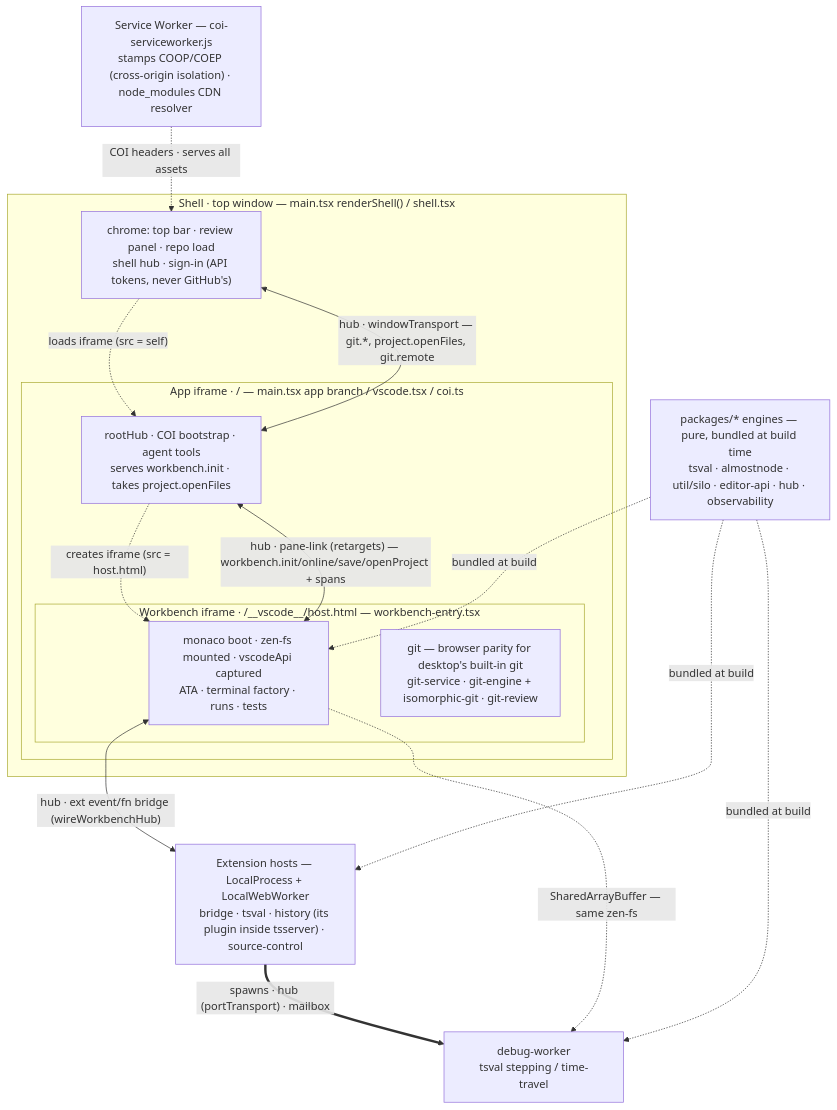
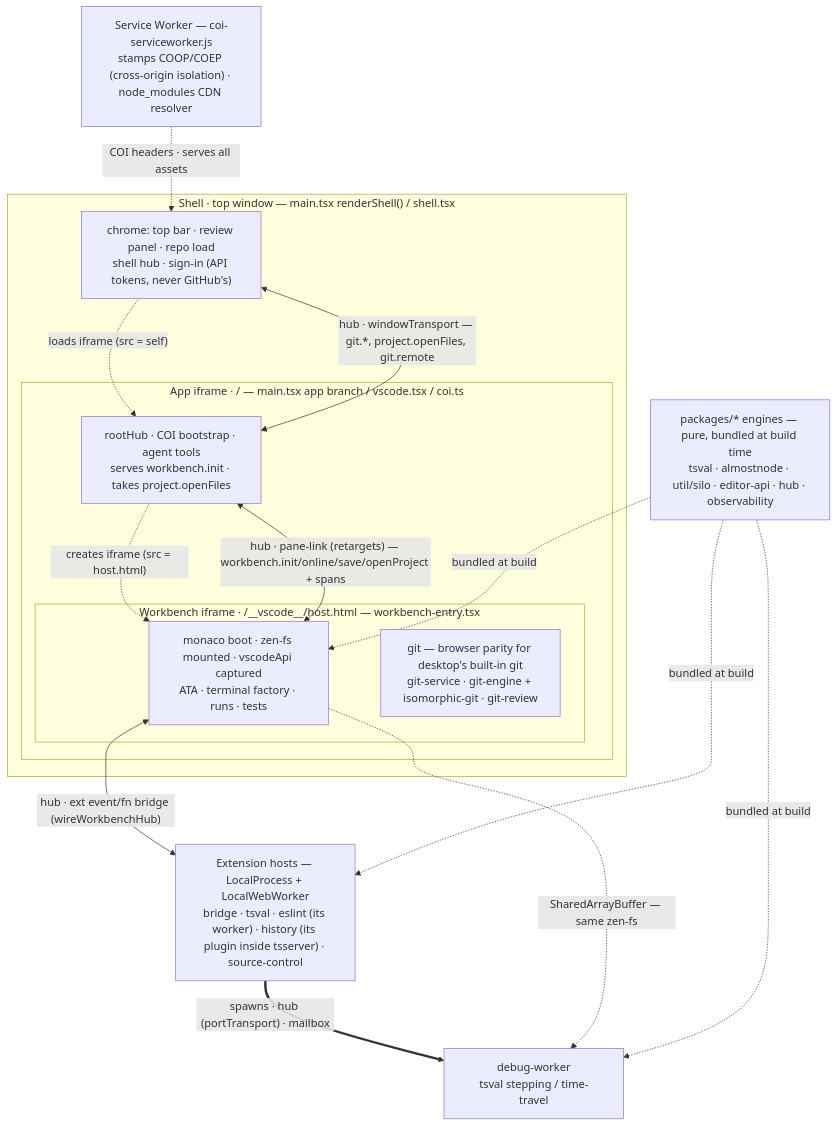
One commit to brianjenkins94/editor changed the diagram in packages/editor/ARCHITECTURE.md. Above: the diagram before and after it, drawn with Mermaid. The commit also changed other lines of this file and 13 other files, not shown here.

````diff
--- a/packages/editor/ARCHITECTURE.md
+++ b/packages/editor/ARCHITECTURE.md
@@ -167,34 +167,34 @@
 ```mermaid
 flowchart TB
   SW["Service Worker — coi-serviceworker.js<br/>stamps COOP/COEP (cross-origin isolation) · node_modules CDN resolver"]
 
   subgraph SHELL["Shell · top window — main.tsx renderShell() / shell.tsx"]
     S["chrome: top bar · review panel · repo load<br/>shell hub · sign-in (API tokens, never GitHub's)"]
     subgraph APP["App iframe · / — main.tsx app branch / vscode.tsx / coi.ts"]
       A["rootHub · COI bootstrap · agent tools<br/>serves workbench.init · takes project.openFiles"]
       subgraph WB["Workbench iframe · /__vscode__/host.html — workbench-entry.tsx"]
         W["monaco boot · zen-fs mounted · vscodeApi captured<br/>ATA · terminal factory · runs · tests"]
         GIT["git — browser parity for desktop's built-in git<br/>git-service · git-engine + isomorphic-git · git-review"]
       end
     end
   end
 
-  EXT["Extension hosts — LocalProcess + LocalWebWorker<br/>bridge · tsval · history (its plugin inside tsserver) · source-control"]
+  EXT["Extension hosts — LocalProcess + LocalWebWorker<br/>bridge · tsval · eslint (its worker) · history (its plugin inside tsserver) · source-control"]
   DW["debug-worker<br/>tsval stepping / time-travel"]
   PKG["packages/* engines — pure, bundled at build time<br/>tsval · almostnode · util/silo · editor-api · hub · observability"]
 
   S -.->|"loads iframe (src = self)"| A
   A -.->|"creates iframe (src = host.html)"| W
 
   S <-->|"hub · windowTransport — git.*, project.openFiles, git.remote"| A
   A <-->|"hub · pane-link (retargets) — workbench.init/online/save/openProject + spans"| W
   W <-->|"hub · ext event/fn bridge (wireWorkbenchHub)"| EXT
 
   EXT ==>|"spawns · hub (portTransport) · mailbox"| DW
   W -.->|"SharedArrayBuffer — same zen-fs"| DW
 
   SW -.->|"COI headers · serves all assets"| S
   PKG -.->|"bundled at build"| W
   PKG -.->|"bundled at build"| EXT
   PKG -.->|"bundled at build"| DW
 ```
````
